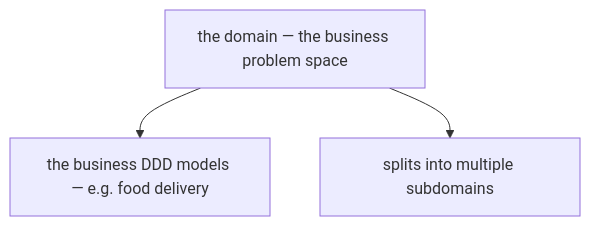
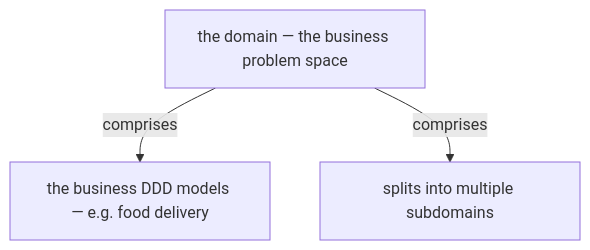
The fifth of 13 diagrams in docs/ch04-decompose-by-subdomain.md (vinayakuber/microservices-io-study-guide), drawn with Mermaid before and after one commit. The commit also changed other lines of this file and 71 other files, not shown here.

First line of the commit message:
R18: label every diagram arrow with its meaning

````diff
--- a/docs/ch04-decompose-by-subdomain.md
+++ b/docs/ch04-decompose-by-subdomain.md
@@ -216,6 +216,6 @@
 ```mermaid
 flowchart TD
   R["the domain — the business problem space"]
-  R --> P0["the business DDD models — e.g. food delivery"]
-  R --> P1["splits into multiple subdomains"]
+  R -->|"comprises"| P0["the business DDD models — e.g. food delivery"]
+  R -->|"comprises"| P1["splits into multiple subdomains"]
 ```
````
